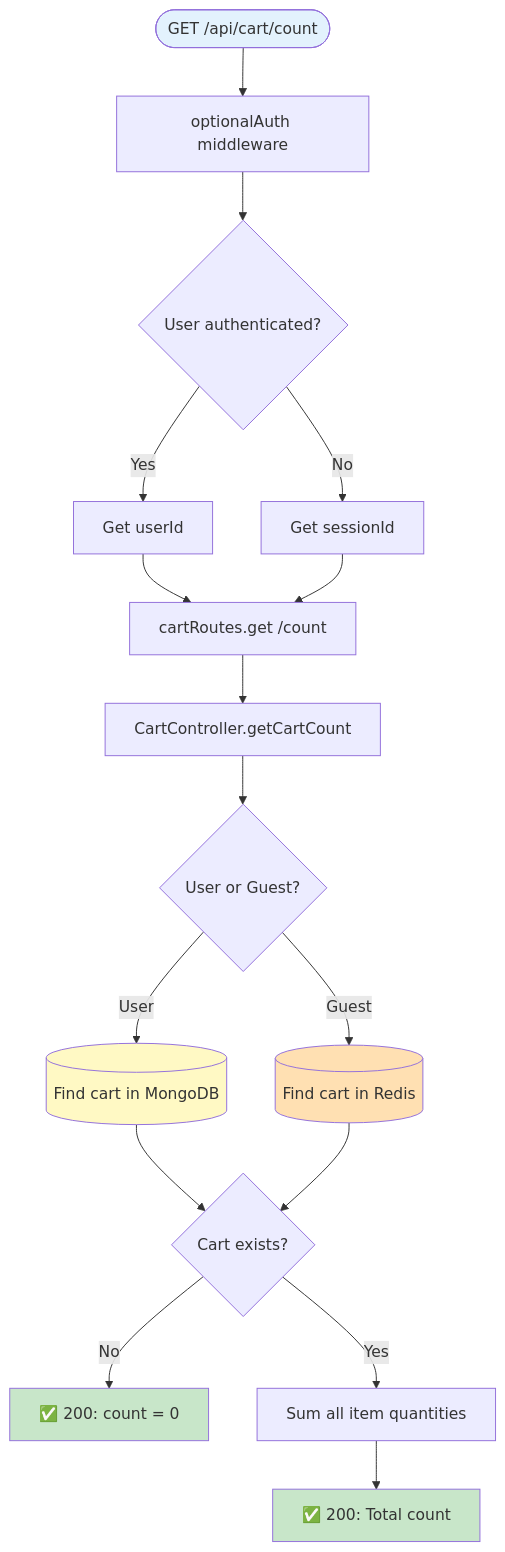
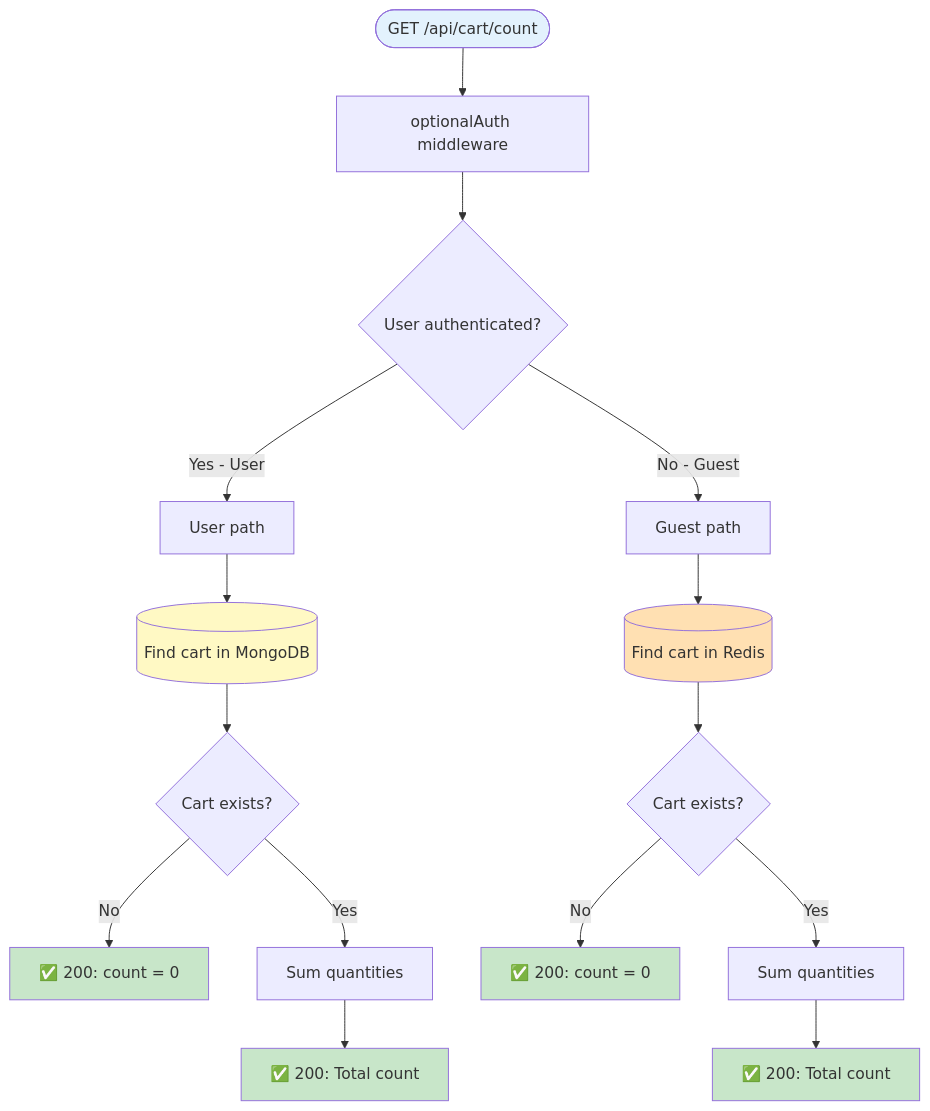
One commit to shmuelkapiloff/simple- changed diagram 15 of 26 in docs/SERVER_ENDPOINTS_MAP.md. Above: the diagram before and after it, drawn with Mermaid. The commit also changed other lines of this file, not shown here.

Commit message:
fix: Simplify 5 problematic flowcharts by removing merge points

````diff
--- a/docs/SERVER_ENDPOINTS_MAP.md
+++ b/docs/SERVER_ENDPOINTS_MAP.md
@@ -827,32 +818,28 @@
 ```mermaid
 flowchart TD
     Request([GET /api/cart/count]) --> OptionalAuth[optionalAuth middleware]
     OptionalAuth --> CheckAuth{User authenticated?}
     
-    CheckAuth -->|Yes| GetUserId[Get userId]
-    CheckAuth -->|No| GetSessionId[Get sessionId]
+    CheckAuth -->|Yes - User| UserPath[User path]
+    CheckAuth -->|No - Guest| GuestPath[Guest path]
     
-    GetUserId --> RouteHandler[cartRoutes.get /count]
-    GetSessionId --> RouteHandler
+    UserPath --> FindUserCart[(Find cart in MongoDB)]
+    FindUserCart --> UserCartExists{Cart exists?}
+    UserCartExists -->|No| ReturnZeroUser["✅ 200: count = 0"]
+    UserCartExists -->|Yes| CountUser[Sum quantities]
+    CountUser --> ReturnCountUser["✅ 200: Total count"]
     
-    RouteHandler --> Controller[CartController.getCartCount]
-    Controller --> ServiceCall{User or Guest?}
-    
-    ServiceCall -->|User| FindUserCart[(Find cart in MongoDB)]
-    ServiceCall -->|Guest| FindGuestCartRedis[(Find cart in Redis)]
-    
-    FindUserCart --> CartExists{Cart exists?}
-    FindGuestCartRedis --> CartExists
-    
-    CartExists -->|No| ReturnZero["✅ 200: count = 0"]
-    CartExists -->|Yes| CountItems[Sum all item quantities]
-    
-    CountItems --> Return200["✅ 200: Total count"]
-    
+    GuestPath --> FindGuestCart[(Find cart in Redis)]
+    FindGuestCart --> GuestCartExists{Cart exists?}
+    GuestCartExists -->|No| ReturnZeroGuest["✅ 200: count = 0"]
+    GuestCartExists -->|Yes| CountGuest[Sum quantities]
+    CountGuest --> ReturnCountGuest["✅ 200: Total count"]
     
     style Request fill:#e3f2fd
-    style Return200 fill:#c8e6c9
-    style ReturnZero fill:#c8e6c9
+    style ReturnCountUser fill:#c8e6c9
+    style ReturnCountGuest fill:#c8e6c9
+    style ReturnZeroUser fill:#c8e6c9
+    style ReturnZeroGuest fill:#c8e6c9
     style FindUserCart fill:#fff9c4
-    style FindGuestCartRedis fill:#ffe0b2
+    style FindGuestCart fill:#ffe0b2
 ```
````
